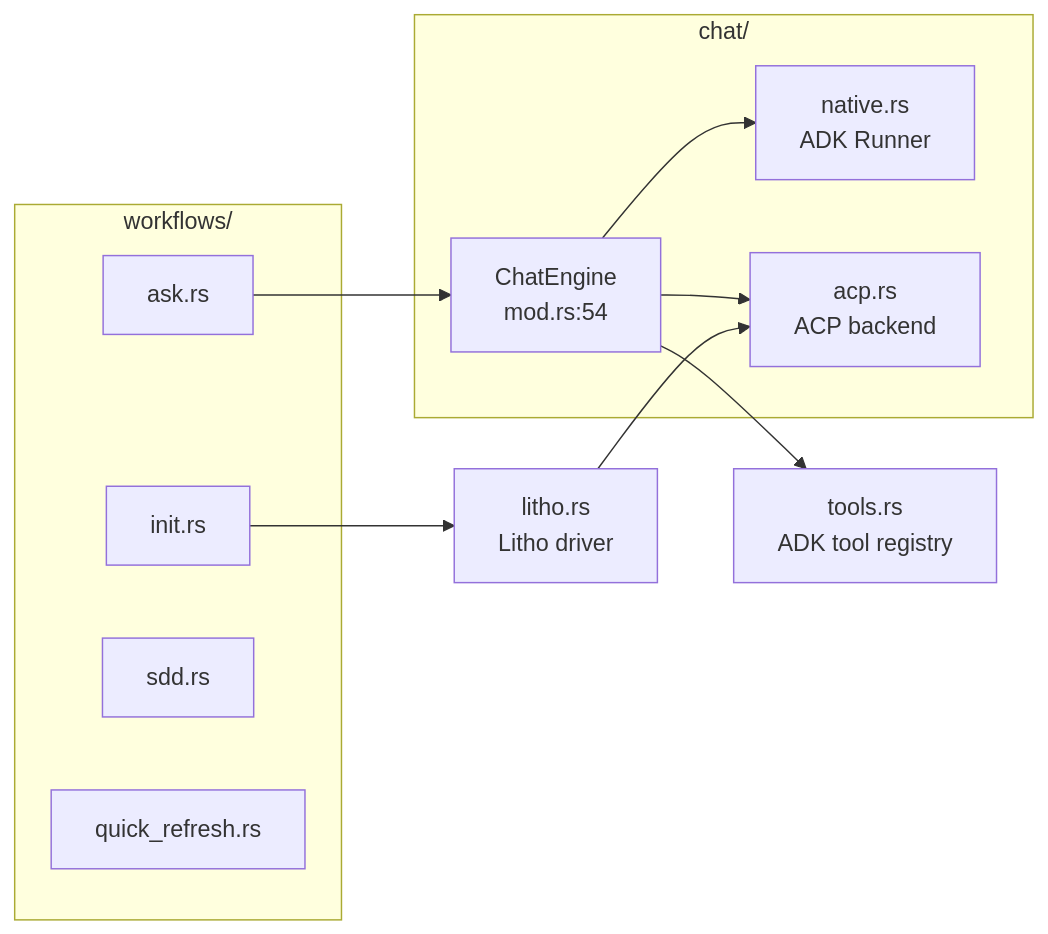
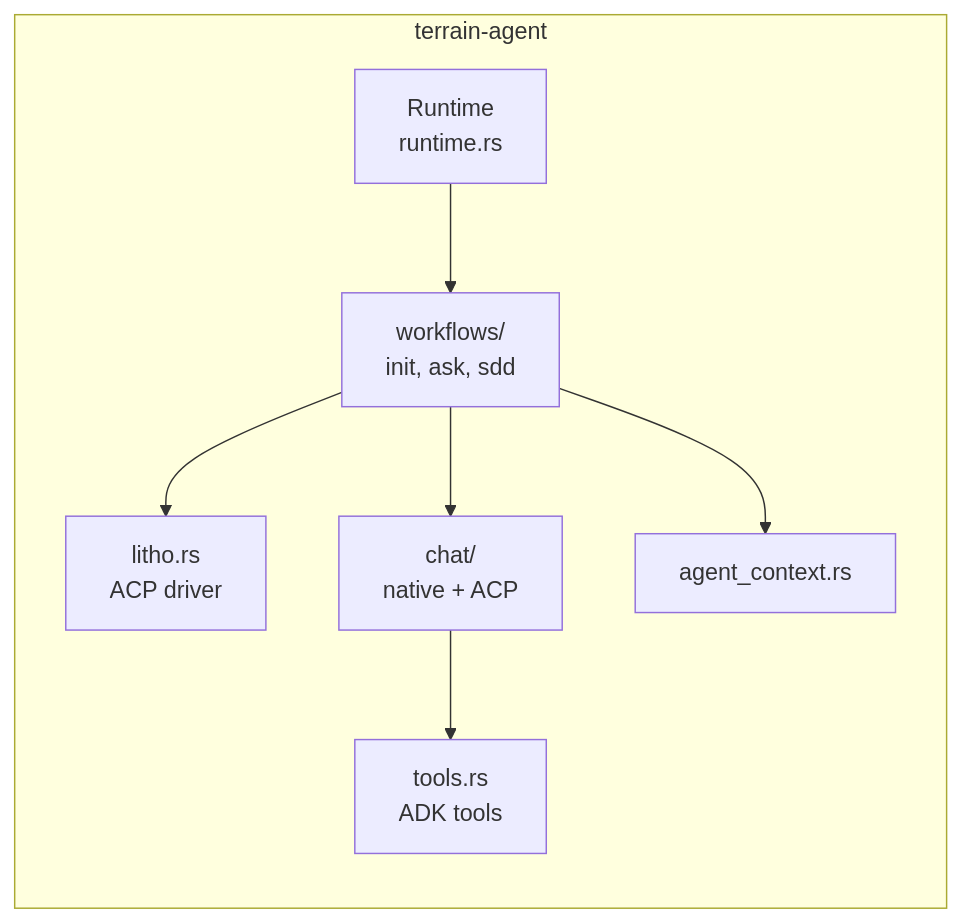
The fourth of 6 diagrams in .terrain/human/2.Architecture.md (sopaco/terrain), drawn with Mermaid before and after one commit. The commit also changed other lines of this file and 12 other files, not shown here.

````diff
--- a/.terrain/human/2.Architecture.md
+++ b/.terrain/human/2.Architecture.md
@@ -162,25 +153,16 @@
 ```mermaid
 graph LR
-    subgraph chat["chat/"]
-        Engine["ChatEngine<br/>mod.rs:54"]
-        Native["native.rs<br/>ADK Runner"]
-        AcpChat["acp.rs<br/>ACP backend"]
+    subgraph agent ["terrain-agent"]
+        Runtime["Runtime<br/>runtime.rs"]
+        Litho["litho.rs<br/>ACP driver"]
+        Chat["chat/<br/>native + ACP"]
+        Tools["tools.rs<br/>ADK tools"]
+        Workflows["workflows/<br/>init, ask, sdd"]
+        CtxGen["agent_context.rs"]
     end
-
-    subgraph workflows["workflows/"]
-        Init["init.rs"]
-        Ask["ask.rs"]
-        Sdd["sdd.rs"]
-        Refresh["quick_refresh.rs"]
-    end
-
-    LithoDrv["litho.rs<br/>Litho driver"]
-    Tools["tools.rs<br/>ADK tool registry"]
-
-    Engine --> Native
-    Engine --> AcpChat
-    Ask --> Engine
-    Init --> LithoDrv
-    LithoDrv --> AcpChat
-    Engine --> Tools
+    Runtime --> Workflows
+    Workflows --> Litho
+    Workflows --> Chat
+    Chat --> Tools
+    Workflows --> CtxGen
 ```
````
